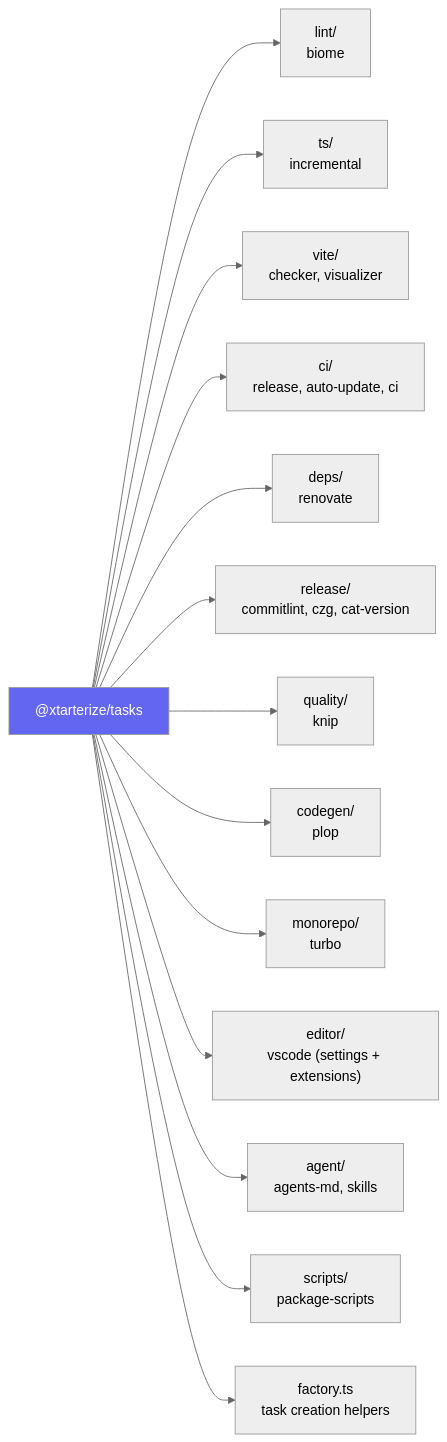
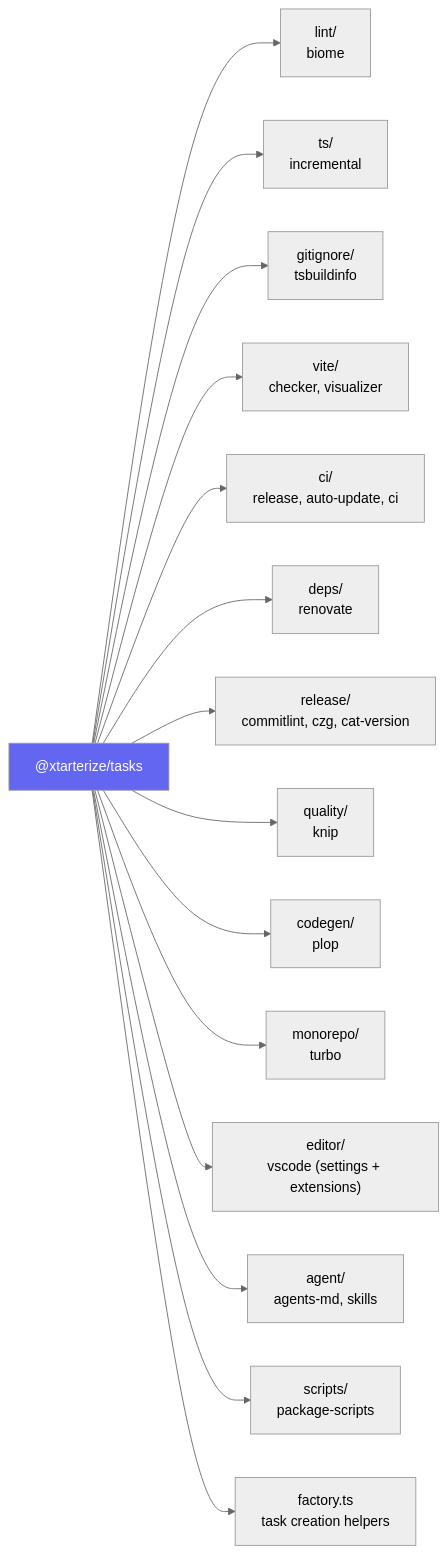
One commit to agustinusnathaniel/xtarterize changed the fourth of 4 diagrams in apps/docs/src/content/docs/contributing/architecture/overview.mdx. Above: the diagram before and after it, drawn with Mermaid (neutral theme). The commit also changed 8 other files, not shown here.

````diff
--- a/apps/docs/src/content/docs/contributing/architecture/overview.mdx
+++ b/apps/docs/src/content/docs/contributing/architecture/overview.mdx
@@ -103,18 +103,19 @@
 ```mermaid
 flowchart LR
     Tasks["@xtarterize/tasks"] --> Lint["lint/<br/>biome"]
     Tasks --> TS["ts/<br/>incremental"]
+    Tasks --> Gitignore["gitignore/<br/>tsbuildinfo"]
     Tasks --> Vite["vite/<br/>checker, visualizer"]
     Tasks --> CI["ci/<br/>release, auto-update, ci"]
     Tasks --> Deps["deps/<br/>renovate"]
     Tasks --> Release["release/<br/>commitlint, czg, cat-version"]
     Tasks --> Quality["quality/<br/>knip"]
     Tasks --> Codegen["codegen/<br/>plop"]
     Tasks --> Monorepo["monorepo/<br/>turbo"]
     Tasks --> Editor["editor/<br/>vscode (settings + extensions)"]
     Tasks --> Agent["agent/<br/>agents-md, skills"]
     Tasks --> Scripts["scripts/<br/>package-scripts"]
     Tasks --> Factory["factory.ts<br/>task creation helpers"]
     
     style Tasks fill:#6366f1,color:#fff
 ```
````
